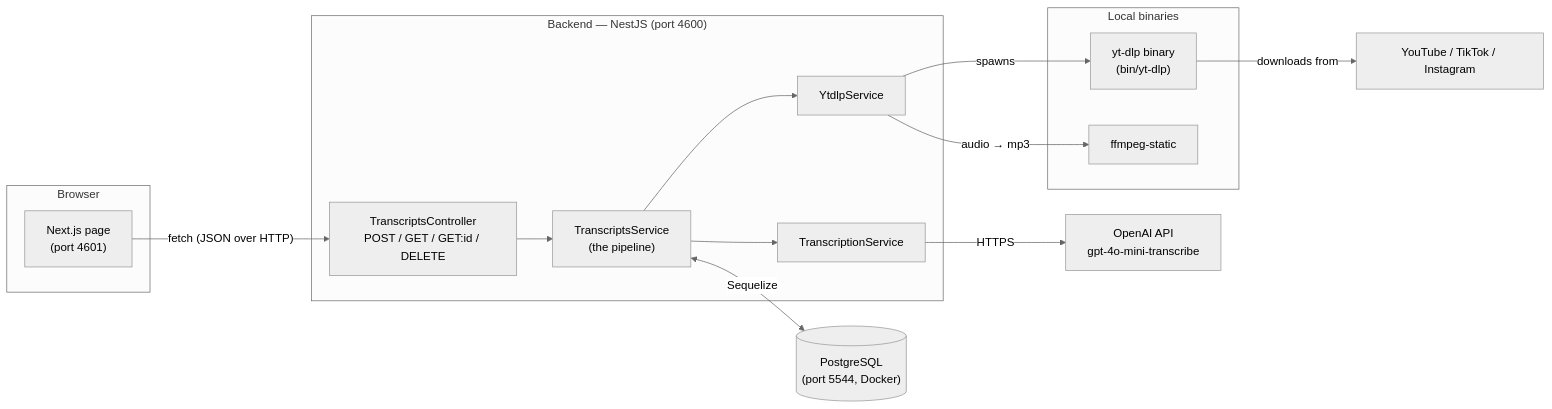
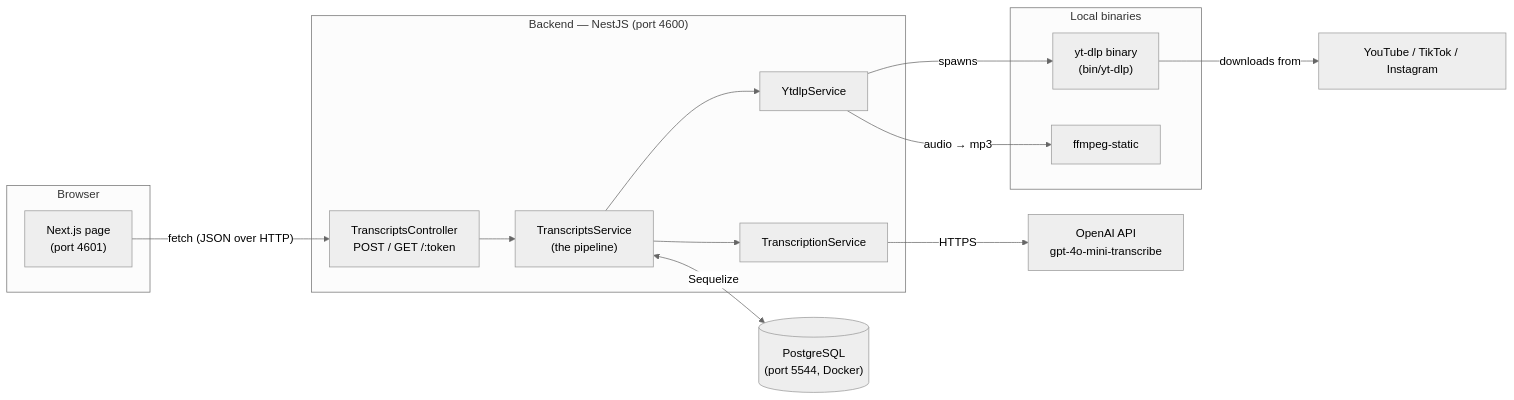
Before and after one commit to OlushesiToheeb/clipscript: the first of 5 diagrams in ARCHITECTURE.md, drawn with Mermaid (neutral theme). The commit also changed other lines of this file and 3 other files, not shown here.

````diff
--- a/ARCHITECTURE.md
+++ b/ARCHITECTURE.md
@@ -14,32 +14,32 @@
 ```mermaid
 flowchart LR
     subgraph Browser
         UI["Next.js page<br/>(port 4601)"]
     end
 
     subgraph Server["Backend — NestJS (port 4600)"]
-        CTRL["TranscriptsController<br/>POST / GET / GET:id / DELETE"]
+        CTRL["TranscriptsController<br/>POST / GET /:token"]
         SVC["TranscriptsService<br/>(the pipeline)"]
         YT["YtdlpService"]
         TX["TranscriptionService"]
         CTRL --> SVC
         SVC --> YT
         SVC --> TX
     end
 
     subgraph Local["Local binaries"]
         YTDLP["yt-dlp binary<br/>(bin/yt-dlp)"]
         FFMPEG["ffmpeg-static"]
     end
 
     DB[("PostgreSQL<br/>(port 5544, Docker)")]
     OPENAI["OpenAI API<br/>gpt-4o-mini-transcribe"]
     PLATFORMS["YouTube / TikTok / Instagram"]
 
     UI -->|"fetch (JSON over HTTP)"| CTRL
     SVC <-->|"Sequelize"| DB
     YT -->|"spawns"| YTDLP
     YT -->|"audio → mp3"| FFMPEG
     YTDLP -->|"downloads from"| PLATFORMS
     TX -->|"HTTPS"| OPENAI
 ```
````
